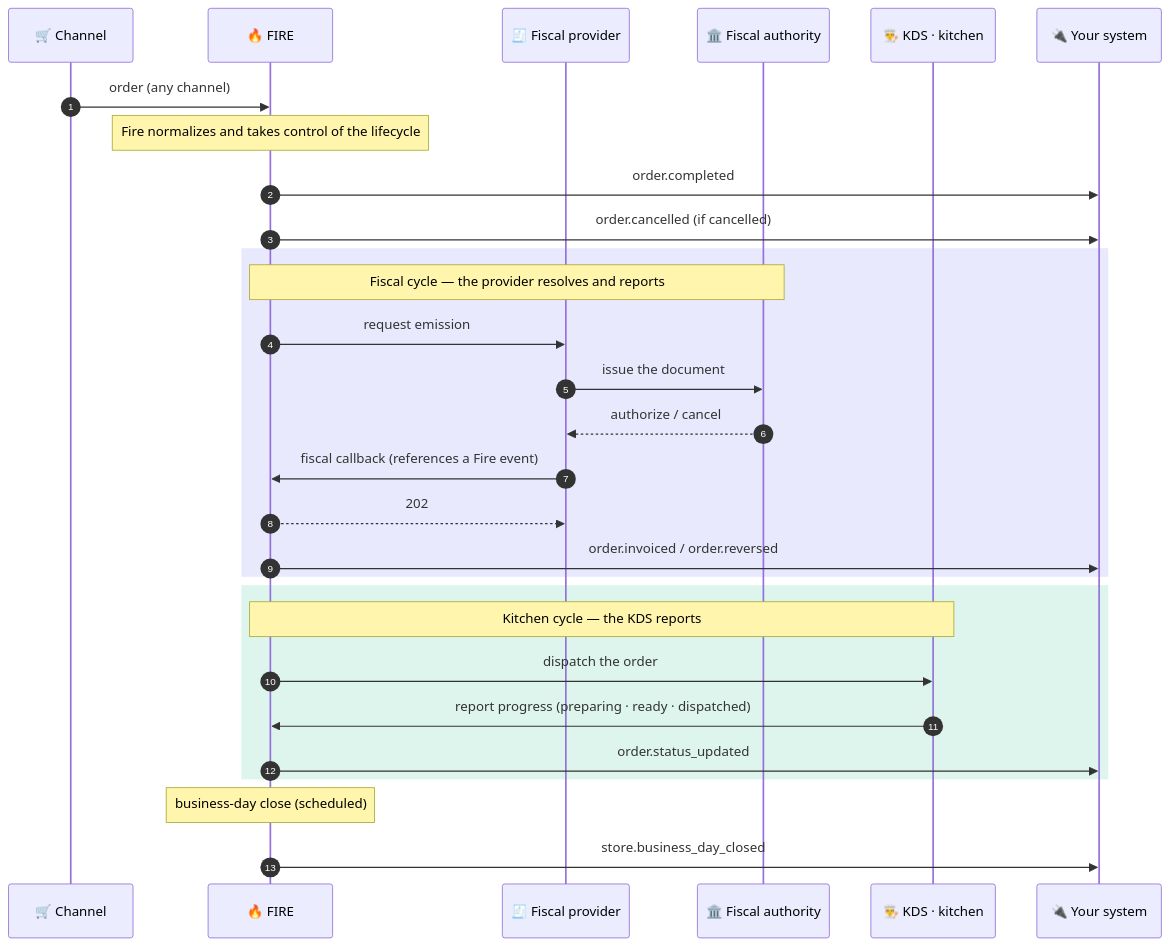
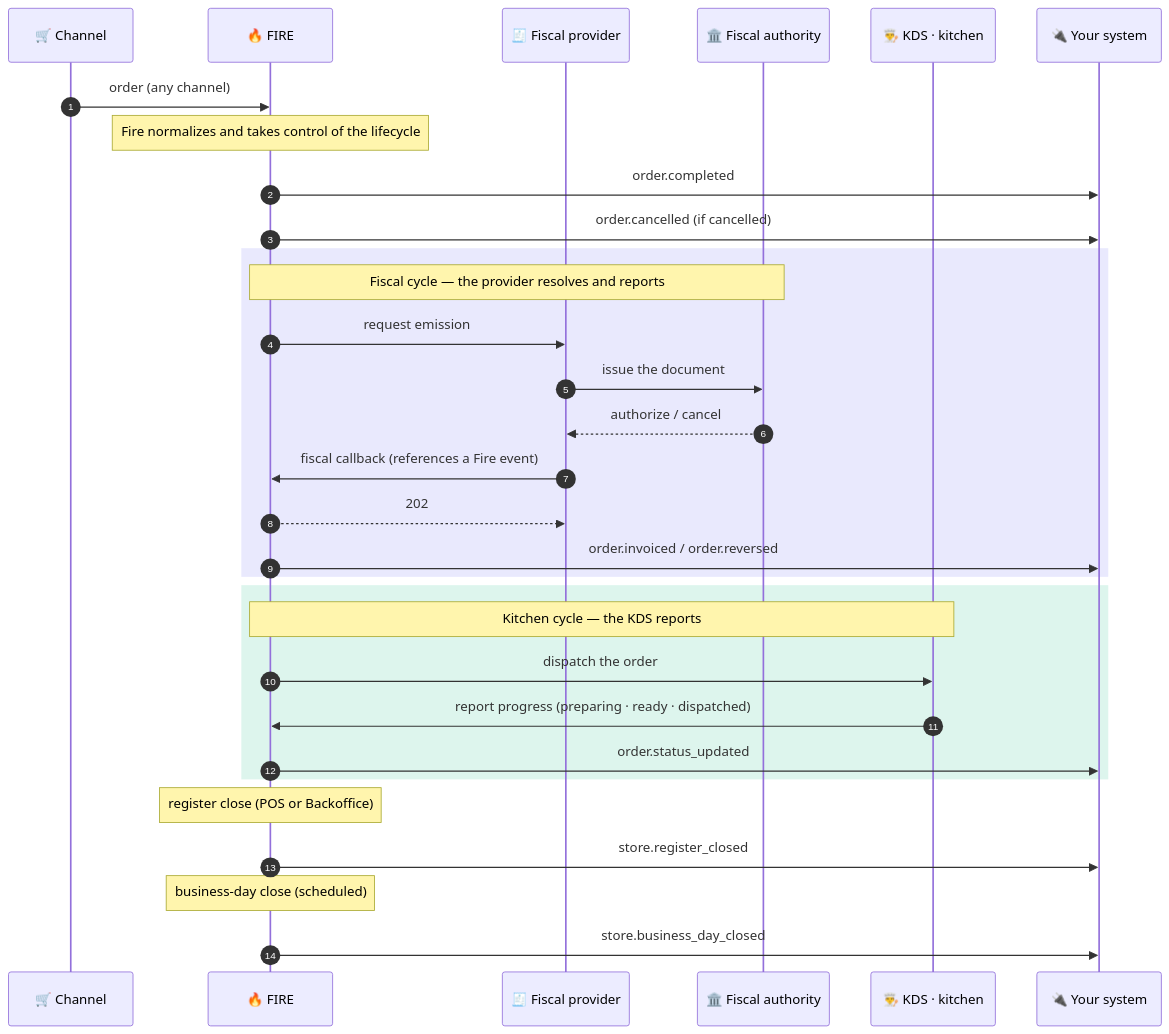
The first of 3 diagrams in en/events/overview.mdx (fire-rest/documentation), drawn with Mermaid before and after one commit. The commit also changed other lines of this file and 15 other files, not shown here.

First line of the commit message:
docs(caja): evento store.register_closed y vuelto fuera de caja en el cierre de día y la conciliación v2 (ES/EN/PT)

````diff
--- a/en/events/overview.mdx
+++ b/en/events/overview.mdx
@@ -24,35 +24,38 @@
 ```mermaid
 sequenceDiagram
     autonumber
     participant CH as 🛒 Channel
     participant F as 🔥 FIRE
     participant FP as 🧾 Fiscal provider
     participant AU as 🏛️ Fiscal authority
     participant K as 👨‍🍳 KDS · kitchen
     participant Y as 🔌 Your system
 
     CH->>F: order (any channel)
     Note over F: Fire normalizes and takes control of the lifecycle
     F->>Y: order.completed
     F->>Y: order.cancelled (if cancelled)
 
     rect rgba(99, 102, 241, 0.14)
     Note over F,AU: Fiscal cycle — the provider resolves and reports
     F->>FP: request emission
     FP->>AU: issue the document
     AU-->>FP: authorize / cancel
     FP->>F: fiscal callback (references a Fire event)
     F-->>FP: 202
     F->>Y: order.invoiced / order.reversed
     end
 
     rect rgba(16, 185, 129, 0.14)
     Note over F,K: Kitchen cycle — the KDS reports
     F->>K: dispatch the order
     K->>F: report progress (preparing · ready · dispatched)
     F->>Y: order.status_updated
     end
 
+    Note over F: register close (POS or Backoffice)
+    F->>Y: store.register_closed
+
     Note over F: business-day close (scheduled)
     F->>Y: store.business_day_closed
 ```
````
